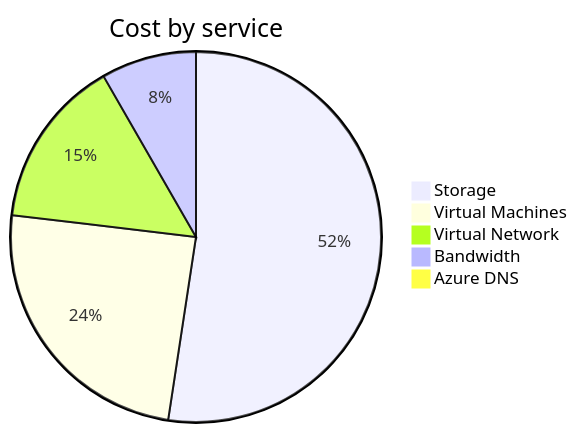
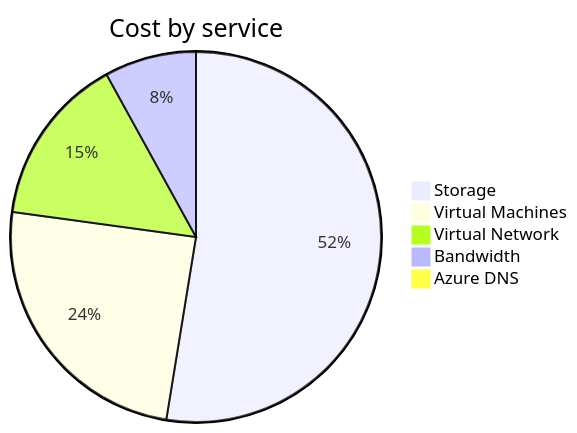
One commit to jpfulton/azure-personal-reports changed the second of 4 diagrams in cost-reports/personal-network/README.md. Above: the diagram before and after it, drawn with Mermaid. The commit also changed other lines of this file and 8 other files, not shown here.

````diff
--- a/cost-reports/personal-network/README.md
+++ b/cost-reports/personal-network/README.md
@@ -99,9 +99,9 @@
 ```mermaid
 pie
    title Cost by service
-   "Storage" : 20.38
-   "Virtual Machines" : 9.52
-   "Virtual Network" : 5.76
+   "Storage" : 21.20
+   "Virtual Machines" : 9.92
+   "Virtual Network" : 5.98
    "Bandwidth" : 3.23
-   "Azure DNS" : 0.39
+   "Azure DNS" : 0.40
 ```
````
